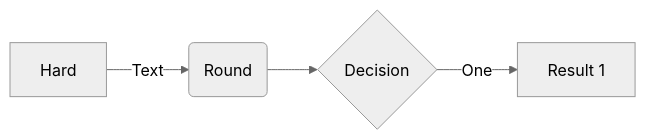
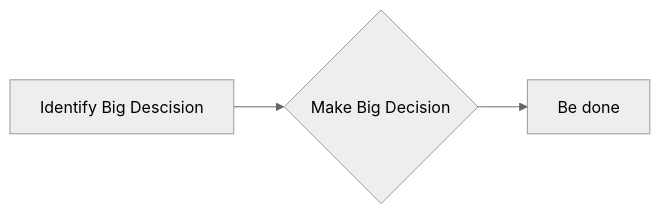
One commit to mermaid-js/mermaid changed the first of 11 diagrams in docs/config/accessibility.md. Above: the diagram before and after it, drawn with Mermaid (neutral theme). The commit also changed other lines of this file and 2 other files, not shown here.

````diff
--- a/docs/config/accessibility.md
+++ b/docs/config/accessibility.md
@@ -40,9 +101,7 @@
 ```mermaid
-   graph LR
-      accTitle: Big decisions
-      accDescr: Flow chart of the decision making process
-      A[Hard] -->|Text| B(Round)
-      B --> C{Decision}
-      C -->|One| D[Result 1]
-
+  graph LR
+      accTitle: Big Decisions
+      accDescr: Bob's Burgers process for making big decisions
+      A[Identify Big Descision] --> B{Make Big Decision}
+      B --> D[Be done]
 ```
````
